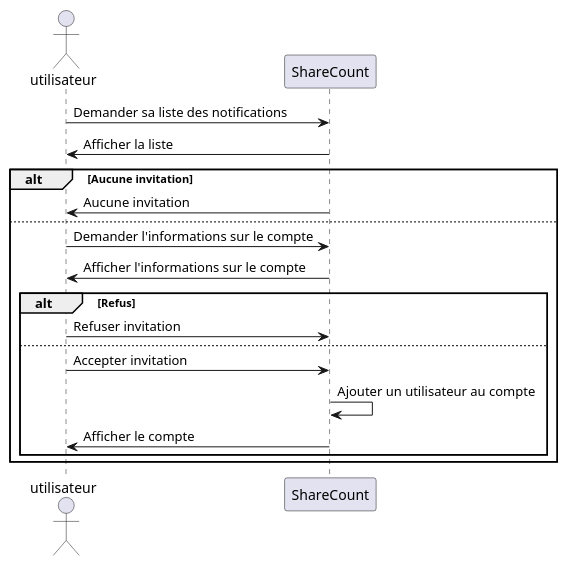
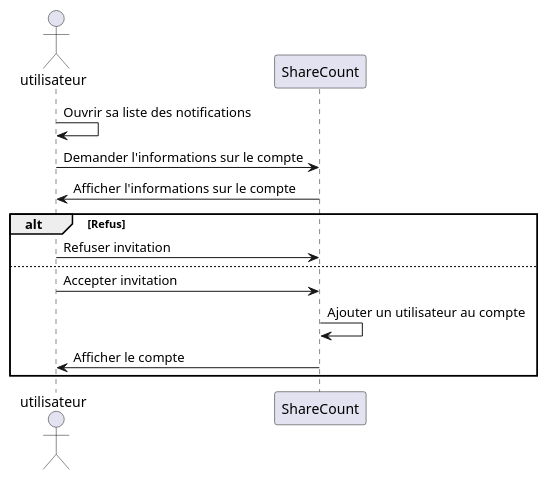
The diagram in diagrammes/specification/sequence/accepter-une-demande-d'ajout.puml (lmtb06/sharecount), drawn with PlantUML before and after one commit. The commit also changed 1 other file, not shown here.

Commit message:
Modification des diagrammes 7 et 8

```diff
--- a/diagrammes/specification/sequence/accepter-une-demande-d'ajout.puml
+++ b/diagrammes/specification/sequence/accepter-une-demande-d'ajout.puml
@@ -1,30 +1,24 @@
 @startuml  Accepter une demande d’ajout
 
 actor utilisateur as u
 participant ShareCount as sc
 
-u -> sc : Demander sa liste des notifications
-sc -> u : Afficher la liste
-
-alt Aucune invitation
-sc -> u : Aucune invitation
-else
+u -> u : Ouvrir sa liste des notifications
 
 u -> sc : Demander l'informations sur le compte
 sc -> u : Afficher l'informations sur le compte
 
 alt Refus
 u -> sc : Refuser invitation
 else
 
 u -> sc : Accepter invitation
 sc -> sc : Ajouter un utilisateur au compte
 sc -> u : Afficher le compte
 
 
 end
-end
 
 
 
 @enduml
```
